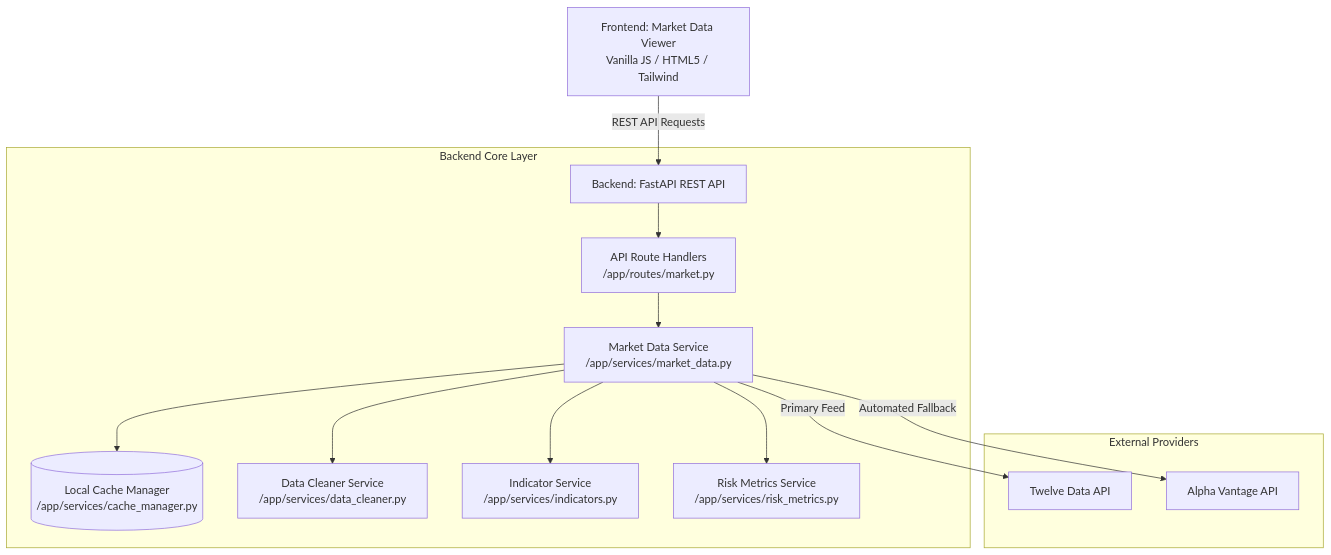
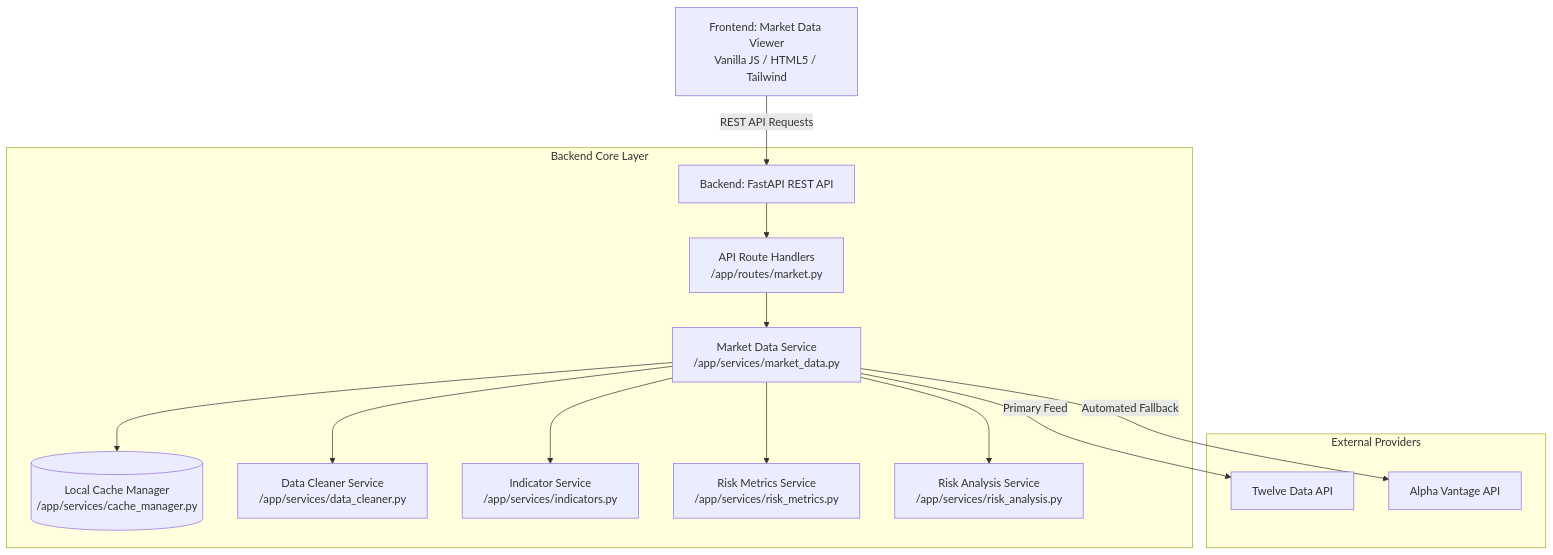
One commit to srinithiboopathi/fintech changed the first of 3 diagrams in docs/architecture.md. Above: the diagram before and after it, drawn with Mermaid. The commit also changed 2 other files, not shown here.

Commit message:
Finalize professional project structure through Step 6

````diff
--- a/docs/architecture.md
+++ b/docs/architecture.md
@@ -7,19 +7,20 @@
 ```mermaid
 graph TD
     UI[Frontend: Market Data Viewer<br/>Vanilla JS / HTML5 / Tailwind] -->|REST API Requests| API[Backend: FastAPI REST API]
     
     subgraph "Backend Core Layer"
         API --> Routes[API Route Handlers<br/>/app/routes/market.py]
         Routes --> MDS[Market Data Service<br/>/app/services/market_data.py]
         
         MDS --> CM[(Local Cache Manager<br/>/app/services/cache_manager.py)]
         MDS --> DC[Data Cleaner Service<br/>/app/services/data_cleaner.py]
         MDS --> IS[Indicator Service<br/>/app/services/indicators.py]
         MDS --> RMS[Risk Metrics Service<br/>/app/services/risk_metrics.py]
+        MDS --> RAS[Risk Analysis Service<br/>/app/services/risk_analysis.py]
     end
     
     subgraph "External Providers"
         MDS -->|Primary Feed| TD[Twelve Data API]
         MDS -->|Automated Fallback| AV[Alpha Vantage API]
     end
 ```
````
